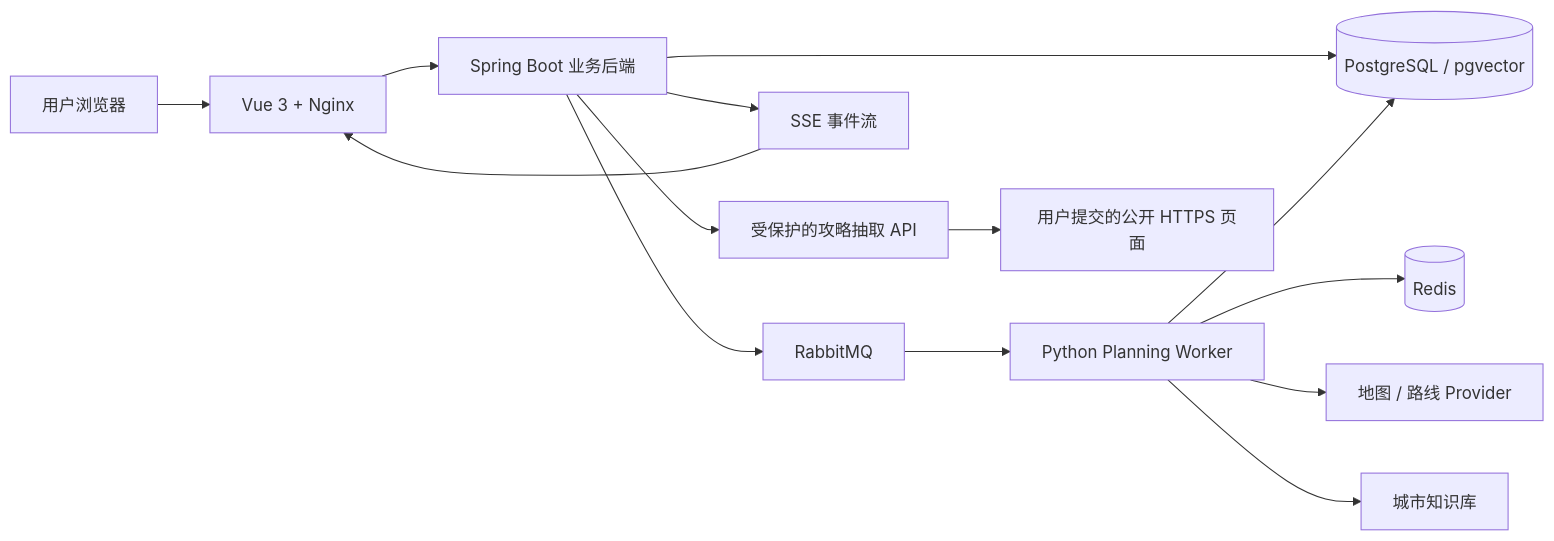
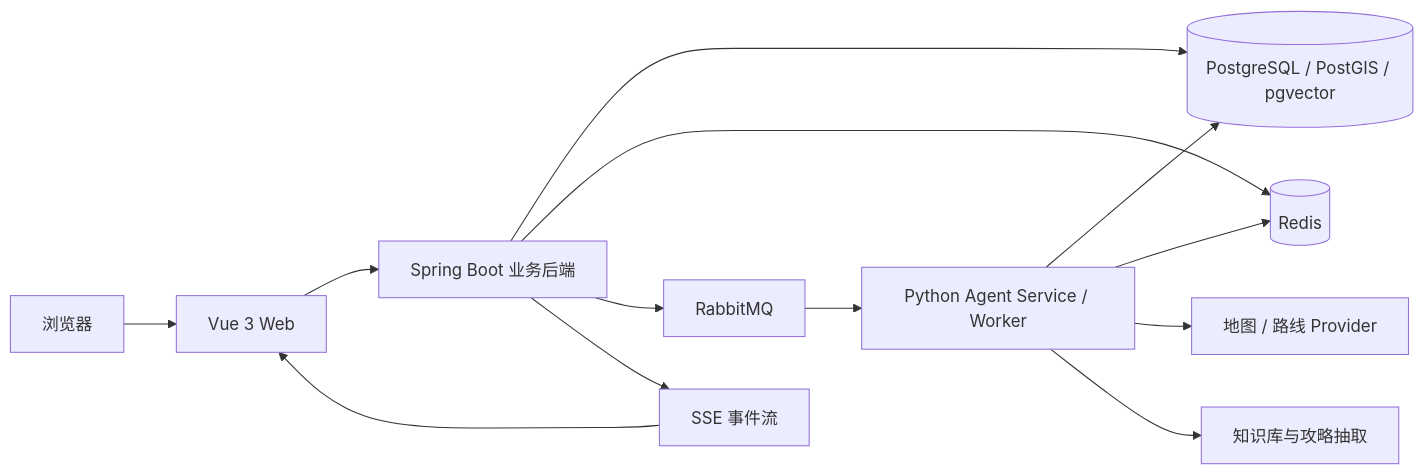
Before and after one commit to tobehardoo/trip-pilot-agent: the diagram in README.md, drawn with Mermaid. The commit also changed other lines of this file and 56 other files, not shown here.

````diff
--- a/README.md
+++ b/README.md
@@ -69,16 +22,15 @@
 ```mermaid
 flowchart LR
-    U["用户浏览器"] --> W["Vue 3 + Nginx"]
+    U["浏览器"] --> W["Vue 3 Web"]
     W --> J["Spring Boot 业务后端"]
-    J --> P[("PostgreSQL / pgvector")]
+    J --> P[("PostgreSQL / PostGIS / pgvector")]
+    J --> R[("Redis")]
     J --> Q["RabbitMQ"]
     J --> S["SSE 事件流"]
-    Q --> A["Python Planning Worker"]
-    A --> R[("Redis")]
+    Q --> A["Python Agent Service / Worker"]
     A --> P
+    A --> R
     A --> M["地图 / 路线 Provider"]
-    A --> K["城市知识库"]
-    J --> G["受保护的攻略抽取 API"]
-    G --> X["用户提交的公开 HTTPS 页面"]
+    A --> K["知识库与攻略抽取"]
     S --> W
 ```
````
